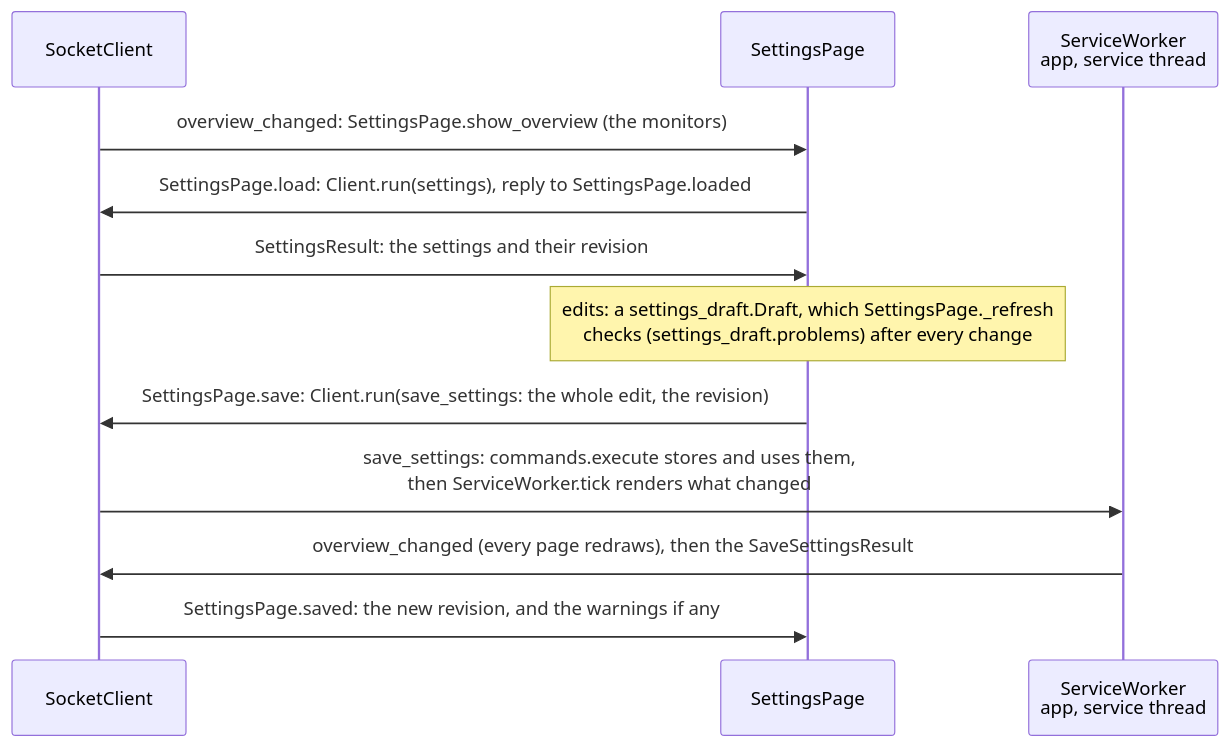
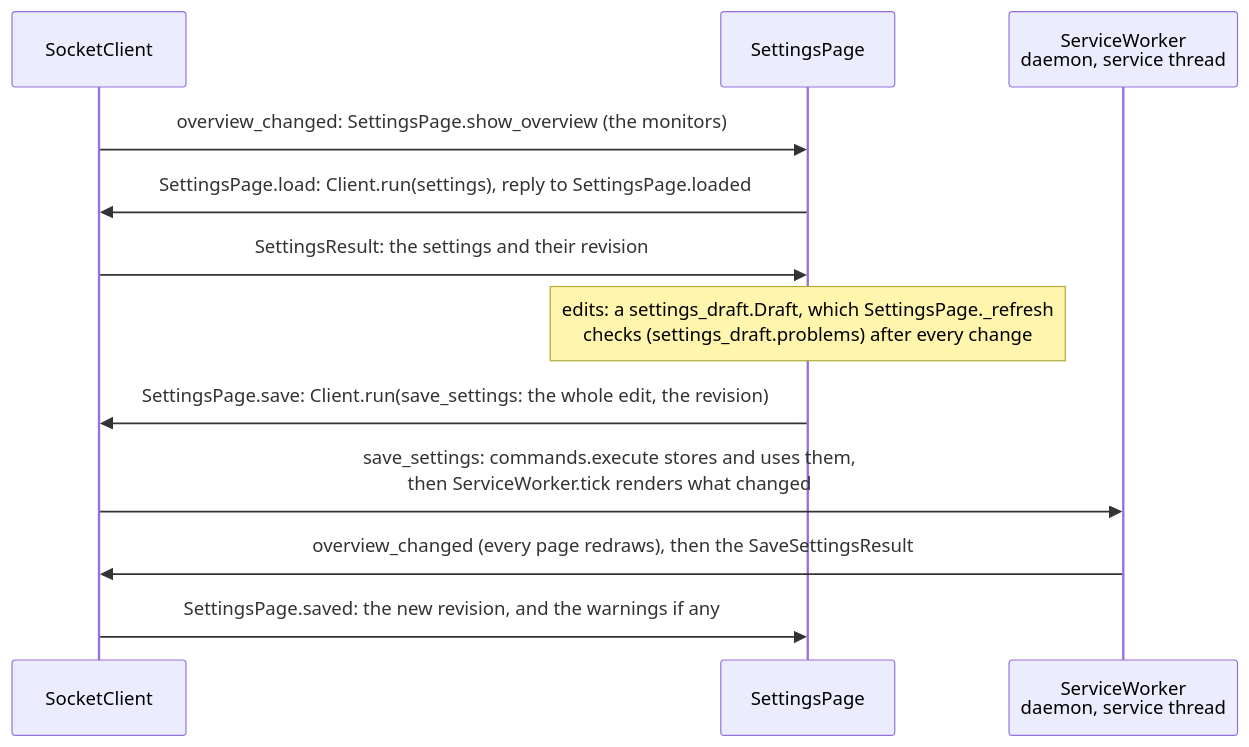
The seventh of 10 diagrams in docs/app-wiring.md (cheshire0xff/wallpaper_py), drawn with Mermaid before and after one commit. The commit also changed other lines of this file and 68 other files, not shown here.

````diff
--- a/docs/app-wiring.md
+++ b/docs/app-wiring.md
@@ -195,15 +195,15 @@
 ```mermaid
 sequenceDiagram
     participant C as SocketClient
     participant S as SettingsPage
-    participant W as ServiceWorker<br/>app, service thread
+    participant W as ServiceWorker<br/>daemon, service thread
 
     C->>S: overview_changed: SettingsPage.show_overview (the monitors)
     S->>C: SettingsPage.load: Client.run(settings), reply to SettingsPage.loaded
     C->>S: SettingsResult: the settings and their revision
     Note over S: edits: a settings_draft.Draft, which SettingsPage._refresh<br/>checks (settings_draft.problems) after every change
     S->>C: SettingsPage.save: Client.run(save_settings: the whole edit, the revision)
     C->>W: save_settings: commands.execute stores and uses them,<br/>then ServiceWorker.tick renders what changed
     W->>C: overview_changed (every page redraws), then the SaveSettingsResult
     C->>S: SettingsPage.saved: the new revision, and the warnings if any
 ```
````
